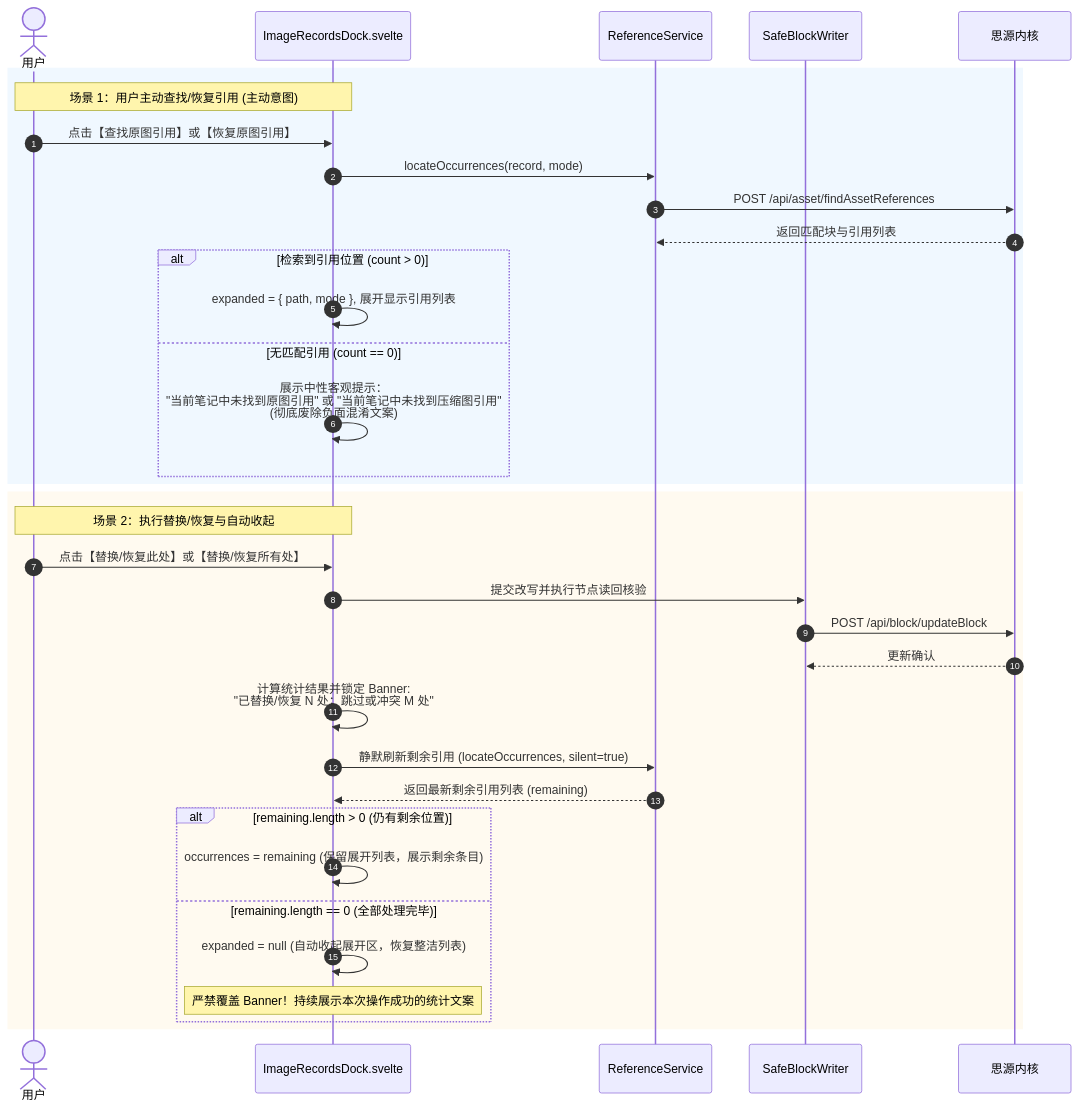
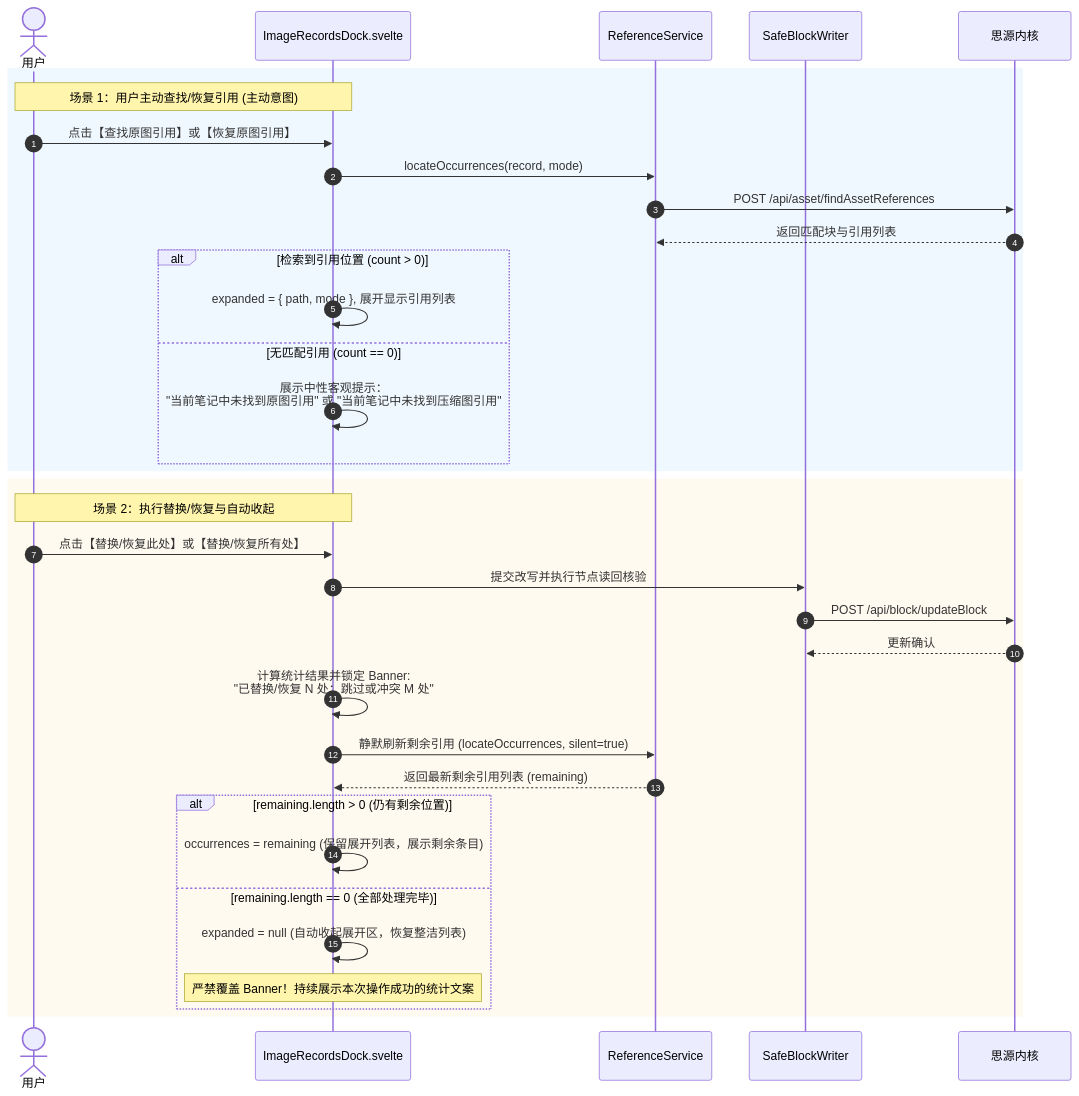
One commit to Forgo7ten/siyuan-plugin-omnikit changed the third of 3 diagrams in docs/ARCHITECTURE.md. Above: the diagram before and after it, drawn with Mermaid. The commit also changed other lines of this file and 4 other files, not shown here.

````diff
--- a/docs/ARCHITECTURE.md
+++ b/docs/ARCHITECTURE.md
@@ -449,39 +449,39 @@
 ```mermaid
 sequenceDiagram
     autonumber
     actor User as 用户
     participant Dock as ImageRecordsDock.svelte
     participant Ref as ReferenceService
     participant Writer as SafeBlockWriter
     participant Host as 思源内核
 
     rect rgb(240, 248, 255)
     Note over User,Dock: 场景 1：用户主动查找/恢复引用 (主动意图)
     User->>Dock: 点击【查找原图引用】或【恢复原图引用】
     Dock->>Ref: locateOccurrences(record, mode)
     Ref->>Host: POST /api/asset/findAssetReferences
     Host-->>Ref: 返回匹配块与引用列表
     alt 检索到引用位置 (count > 0)
         Dock->>Dock: expanded = { path, mode }, 展开显示引用列表
     else 无匹配引用 (count == 0)
-        Dock->>Dock: 展示中性客观提示：<br/>"当前笔记中未找到原图引用" 或 "当前笔记中未找到压缩图引用"<br/>(彻底废除负面混淆文案)
+        Dock->>Dock: 展示中性客观提示：<br/>"当前笔记中未找到原图引用" 或 "当前笔记中未找到压缩图引用"
     end
     end
 
     rect rgb(255, 250, 240)
     Note over User,Dock: 场景 2：执行替换/恢复与自动收起
     User->>Dock: 点击【替换/恢复此处】或【替换/恢复所有处】
     Dock->>Writer: 提交改写并执行节点读回核验
     Writer->>Host: POST /api/block/updateBlock
     Host-->>Writer: 更新确认
     Dock->>Dock: 计算统计结果并锁定 Banner: <br/>"已替换/恢复 N 处；跳过或冲突 M 处"
     Dock->>Ref: 静默刷新剩余引用 (locateOccurrences, silent=true)
     Ref-->>Dock: 返回最新剩余引用列表 (remaining)
     alt remaining.length > 0 (仍有剩余位置)
         Dock->>Dock: occurrences = remaining (保留展开列表，展示剩余条目)
     else remaining.length == 0 (全部处理完毕)
         Dock->>Dock: expanded = null (自动收起展开区，恢复整洁列表)
         Note over Dock: 严禁覆盖 Banner！持续展示本次操作成功的统计文案
     end
     end
 ```
````
